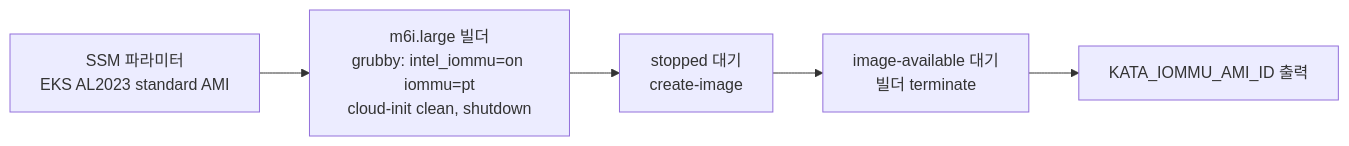
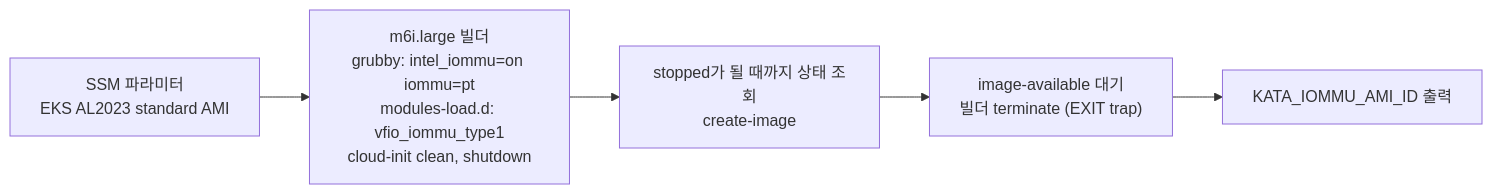
The first of 2 diagrams in docs/handson/03_kata.md (daekeun-ml/gpu-sandbox-on-aws), drawn with Mermaid before and after one commit. The commit also changed other lines of this file and 5 other files, not shown here.

````diff
--- a/docs/handson/03_kata.md
+++ b/docs/handson/03_kata.md
@@ -176,5 +176,5 @@
 ```mermaid
 flowchart LR
-    A["SSM 파라미터<br/>EKS AL2023 standard AMI"] --> B["m6i.large 빌더<br/>grubby: intel_iommu=on iommu=pt<br/>cloud-init clean, shutdown"]
-    B --> C["stopped 대기<br/>create-image"] --> D["image-available 대기<br/>빌더 terminate"] --> E["KATA_IOMMU_AMI_ID 출력"]
+    A["SSM 파라미터<br/>EKS AL2023 standard AMI"] --> B["m6i.large 빌더<br/>grubby: intel_iommu=on iommu=pt<br/>modules-load.d: vfio_iommu_type1<br/>cloud-init clean, shutdown"]
+    B --> C["stopped가 될 때까지 상태 조회<br/>create-image"] --> D["image-available 대기<br/>빌더 terminate (EXIT trap)"] --> E["KATA_IOMMU_AMI_ID 출력"]
 ```
````
